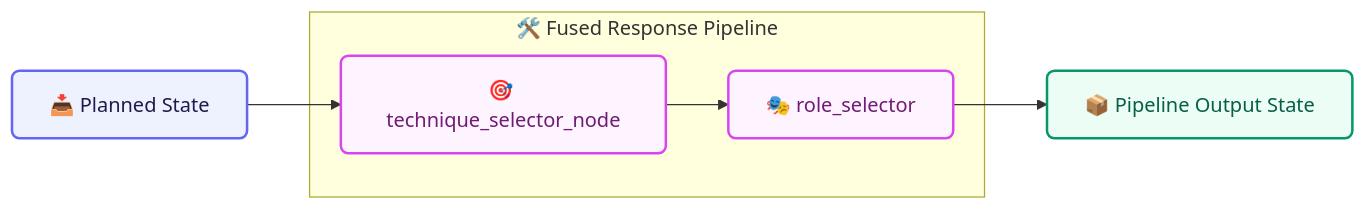
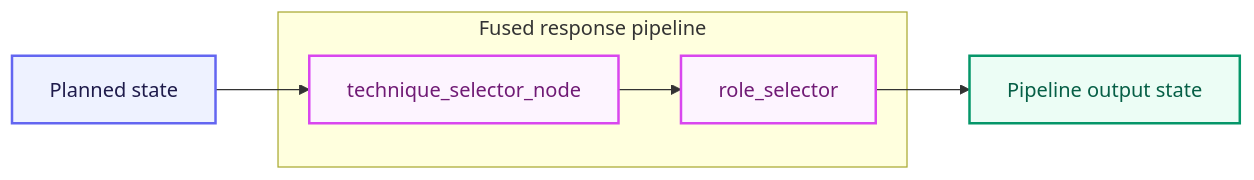
Before and after one commit to taha-mehmood-03/Personlaized-Trainer-Using-Agentic-AI: the eighth of 18 diagrams in README.md, drawn with Mermaid. The commit also changed other lines of this file and 36 other files, not shown here.

````diff
--- a/README.md
+++ b/README.md
@@ -562,20 +670,17 @@
 ```mermaid
 flowchart LR
-    %% Class Definitions
-    classDef state fill:#EEF2FF,stroke:#6366F1,stroke-width:2px,color:#1E1B4B,rx:6px,ry:6px;
-    classDef subnode fill:#FDF4FF,stroke:#D946EF,stroke-width:2px,color:#701A75,rx:6px,ry:6px;
-    classDef output fill:#ECFDF5,stroke:#059669,stroke-width:2px,color:#065F46,rx:6px,ry:6px;
+    classDef state fill:#EEF2FF,stroke:#6366F1,stroke-width:2px,color:#1E1B4B
+    classDef subnode fill:#FDF4FF,stroke:#D946EF,stroke-width:2px,color:#701A75
+    classDef output fill:#ECFDF5,stroke:#059669,stroke-width:2px,color:#065F46
 
-    Planned["📥 Planned State"]:::state
-    
-    subgraph FusedPipeline["🛠️ Fused Response Pipeline"]
-        Technique["🎯 technique_selector_node"]:::subnode
-        Role["🎭 role_selector"]:::subnode
+    Planned["Planned state"]:::state
+
+    subgraph Fused["Fused response pipeline"]
+        Technique["technique_selector_node"]:::subnode
+        Role["role_selector"]:::subnode
     end
-    
-    PipelineState["📦 Pipeline Output State"]:::output
 
-    Planned --> Technique
-    Technique --> Role
-    Role --> PipelineState
+    PipelineState["Pipeline output state"]:::output
+
+    Planned --> Technique --> Role --> PipelineState
 ```
````
